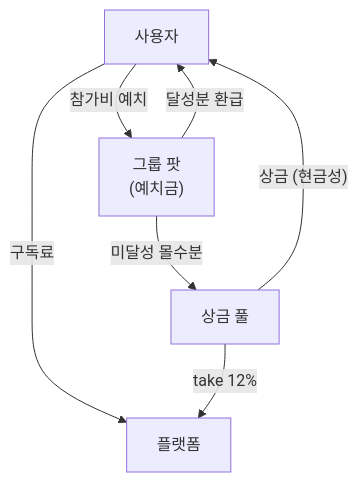
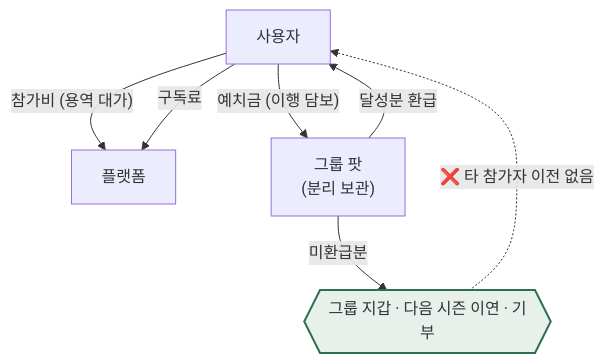
One commit to new-rim/business-research-practice-2026-sesac changed the second of 7 diagrams in 04-tam-sam-som/시장분석 종합보고서 (TAM-SAM-SOM).md. Above: the diagram before and after it, drawn with Mermaid. The commit also changed other lines of this file and 2 other files, not shown here.

````diff
--- a/04-tam-sam-som/시장분석 종합보고서 (TAM-SAM-SOM).md
+++ b/04-tam-sam-som/시장분석 종합보고서 (TAM-SAM-SOM).md
@@ -79,9 +80,11 @@
 ```mermaid
 graph TD
-  U["사용자"] -->|"참가비 예치"| P["그룹 팟<br/>(예치금)"]
-  U -->|"구독료"| PLAT["플랫폼"]
+  U["사용자"] -->|"참가비 (용역 대가)"| PLAT["플랫폼"]
+  U -->|"예치금 (이행 담보)"| P["그룹 팟<br/>(분리 보관)"]
+  U -->|"구독료"| PLAT
   P -->|"달성분 환급"| U
-  P -->|"미달성 몰수분"| POOL["상금 풀"]
-  POOL -->|"상금 (현금성)"| U
-  POOL -->|"take 12%"| PLAT
+  P -->|"미환급분"| X{{"그룹 지갑 · 다음 시즌 이연 · 기부"}}
+  X -.->|"❌ 타 참가자 이전 없음"| U
+
+  style X fill:#E8F0EB,stroke:#2F6F4E,stroke-width:2px
 ```
````
